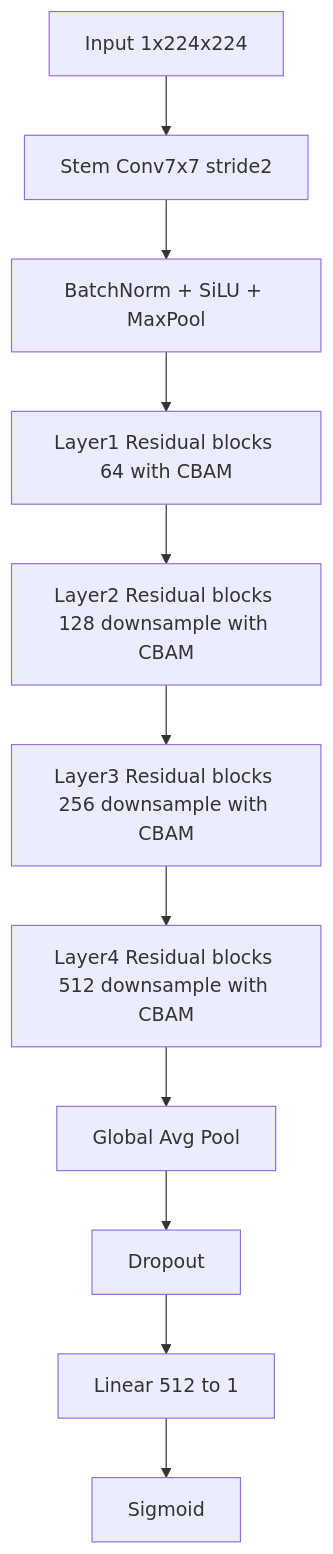
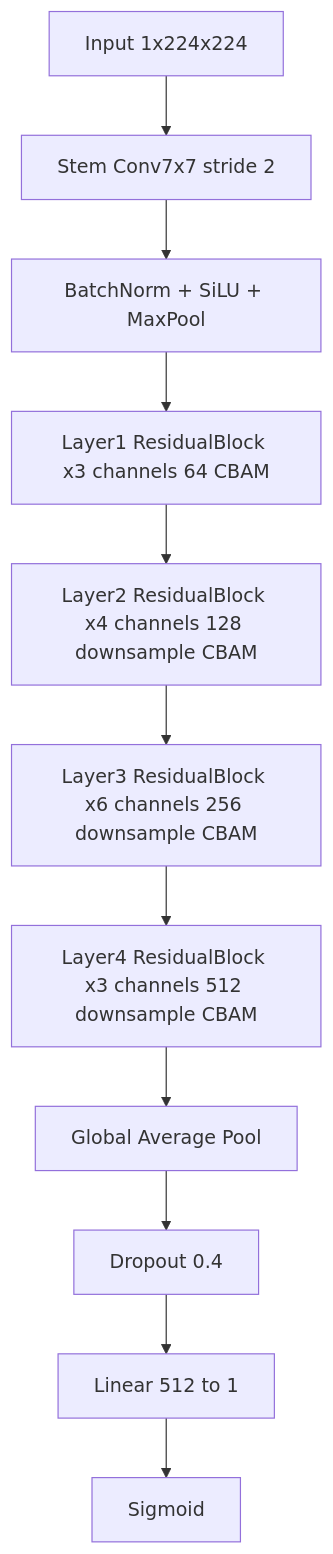
Before and after one commit to Thiyaga1586/PneumoAI: the third of 5 diagrams in README.md, drawn with Mermaid. The commit also changed other lines of this file, not shown here.

````diff
--- a/README.md
+++ b/README.md
@@ -201,13 +151,13 @@
 ```mermaid
 flowchart TD
-  A[Input 1x224x224] --> B[Stem Conv7x7 stride2]
+  A[Input 1x224x224] --> B[Stem Conv7x7 stride 2]
   B --> C[BatchNorm + SiLU + MaxPool]
-  C --> D[Layer1 Residual blocks 64 with CBAM]
-  D --> E[Layer2 Residual blocks 128 downsample with CBAM]
-  E --> F[Layer3 Residual blocks 256 downsample with CBAM]
-  F --> G[Layer4 Residual blocks 512 downsample with CBAM]
-  G --> H[Global Avg Pool]
-  H --> I[Dropout]
+  C --> D[Layer1 ResidualBlock x3 channels 64 CBAM]
+  D --> E[Layer2 ResidualBlock x4 channels 128 downsample CBAM]
+  E --> F[Layer3 ResidualBlock x6 channels 256 downsample CBAM]
+  F --> G[Layer4 ResidualBlock x3 channels 512 downsample CBAM]
+  G --> H[Global Average Pool]
+  H --> I[Dropout 0.4]
   I --> J[Linear 512 to 1]
   J --> K[Sigmoid]
 ```
````
